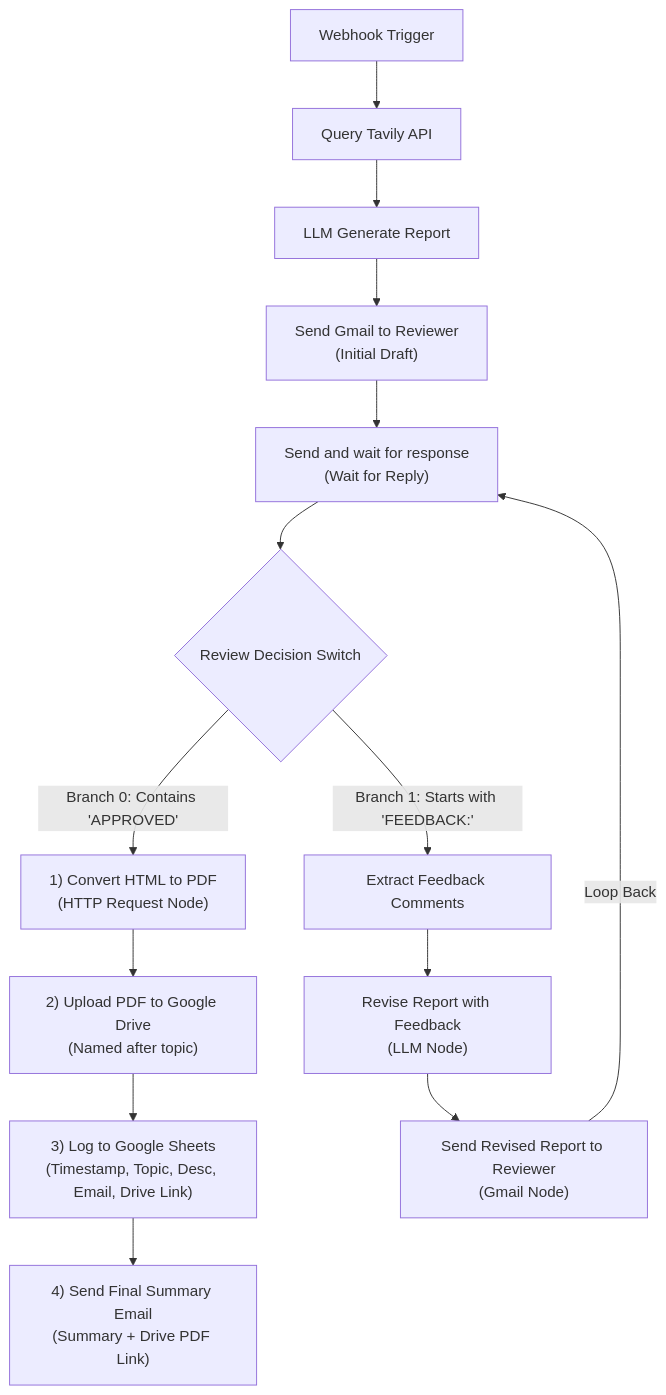
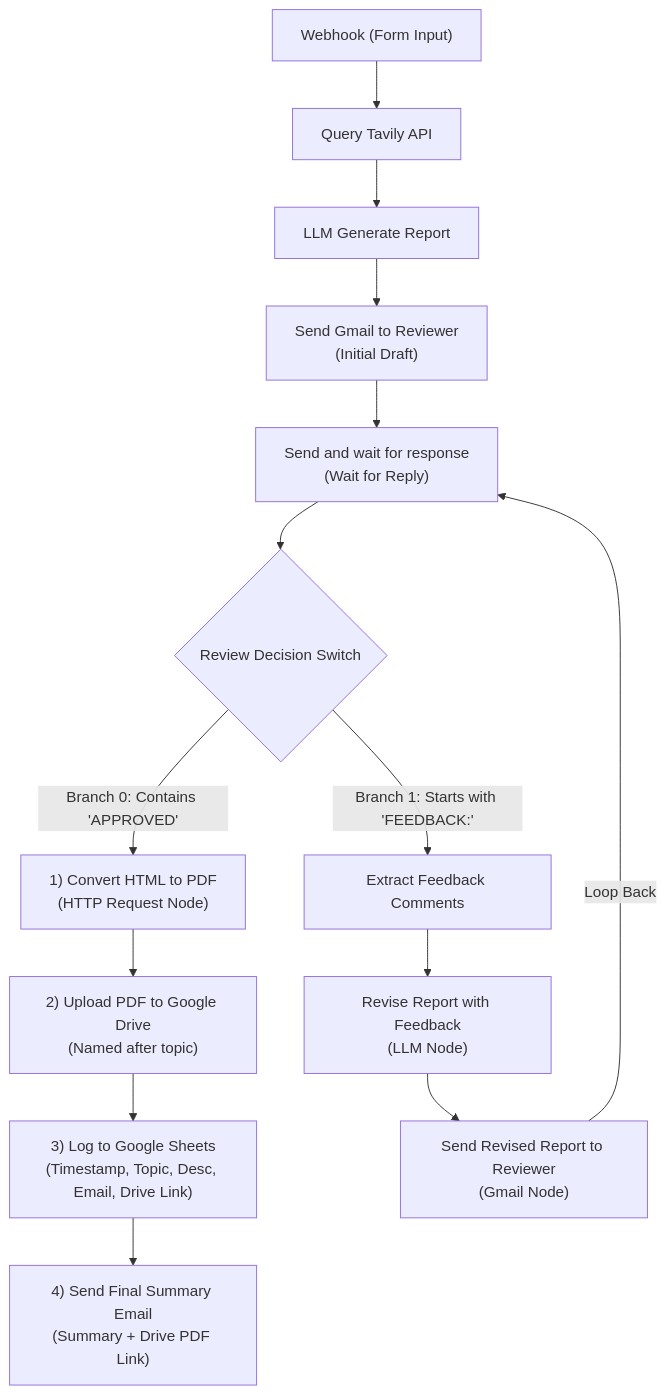
The diagram in README.md (Muaz2004/n8n-research-pipeline), drawn with Mermaid before and after one commit. The commit also changed other lines of this file and 2 other files, not shown here.

````diff
--- a/README.md
+++ b/README.md
@@ -41,20 +35,20 @@
 ```mermaid
 flowchart TD
-    A["Webhook Trigger"] --> B["Query Tavily API"]
+    A["Webhook (Form Input)"] --> B["Query Tavily API"]
     B --> C["LLM Generate Report"]
     C --> D["Send Gmail to Reviewer<br/>(Initial Draft)"]
     D --> E["Send and wait for response<br/>(Wait for Reply)"]
     E --> F{"Review Decision Switch"}
     
     %% Approval Branch
     F -->|Branch 0: Contains 'APPROVED'| G["1) Convert HTML to PDF<br/>(HTTP Request Node)"]
     G --> H["2) Upload PDF to Google Drive<br/>(Named after topic)"]
     H --> I["3) Log to Google Sheets<br/>(Timestamp, Topic, Desc, Email, Drive Link)"]
     I --> J["4) Send Final Summary Email<br/>(Summary + Drive PDF Link)"]
     
     %% Feedback Branch
     F -->|Branch 1: Starts with 'FEEDBACK:'| K["Extract Feedback Comments"]
     K --> L["Revise Report with Feedback<br/>(LLM Node)"]
     L --> M["Send Revised Report to Reviewer<br/>(Gmail Node)"]
     M -->|Loop Back| E
 ```
````
